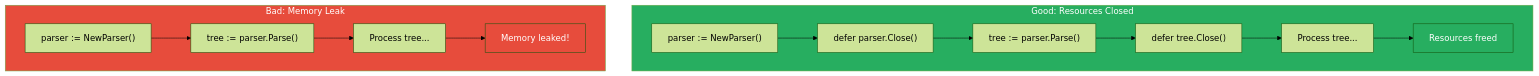
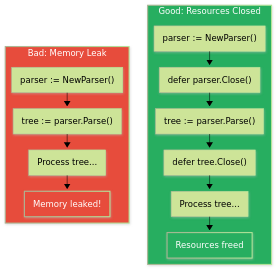
One commit to sampi02/amanmcp changed the eighth of 9 diagrams in docs/concepts/tree-sitter-guide.md. Above: the diagram before and after it, drawn with Mermaid (forest theme). The commit also changed other lines of this file and 59 other files, not shown here.

````diff
--- a/docs/concepts/tree-sitter-guide.md
+++ b/docs/concepts/tree-sitter-guide.md
@@ -345,27 +607,36 @@
 ```mermaid
+---
+config:
+  layout: elk
+  look: neo
+---
 flowchart TB
     subgraph Good["Good: Resources Closed"]
         G1["parser := NewParser()"]
         G2["defer parser.Close()"]
         G3["tree := parser.Parse()"]
         G4["defer tree.Close()"]
         G5["Process tree..."]
         G6["Resources freed"]
 
         G1 --> G2 --> G3 --> G4 --> G5 --> G6
     end
 
     subgraph Bad["Bad: Memory Leak"]
         B1["parser := NewParser()"]
         B2["tree := parser.Parse()"]
         B3["Process tree..."]
         B4["Memory leaked!"]
 
         B1 --> B2 --> B3 --> B4
     end
 
-    style Good fill:#27ae60,color:#fff
-    style Bad fill:#e74c3c,color:#fff
-    style G6 fill:#27ae60,color:#fff
-    style B4 fill:#e74c3c,color:#fff
+    style Good color:#FFFFFF
+    style Bad color:#FFFFFF
+    style Good fill:#27ae60,stroke-width:2px
+    style Bad fill:#e74c3c,stroke-width:2px
+    style G6 fill:#27ae60,stroke-width:2px
+    style B4 fill:#e74c3c,stroke-width:2px
+    style G6 color:#FFFFFF
+    style B4 color:#FFFFFF
 ```
````
